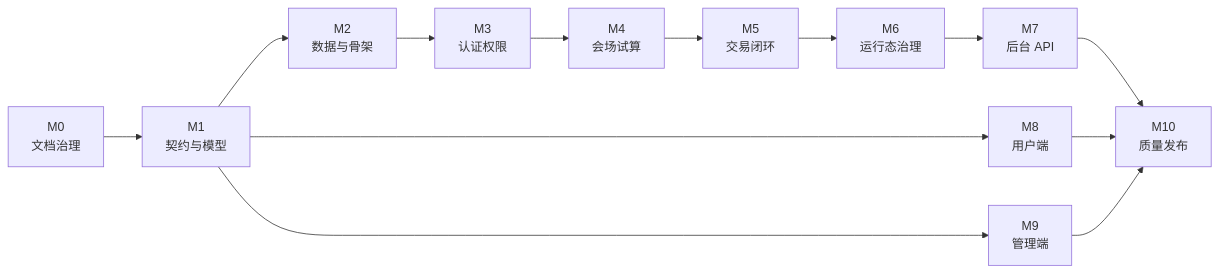
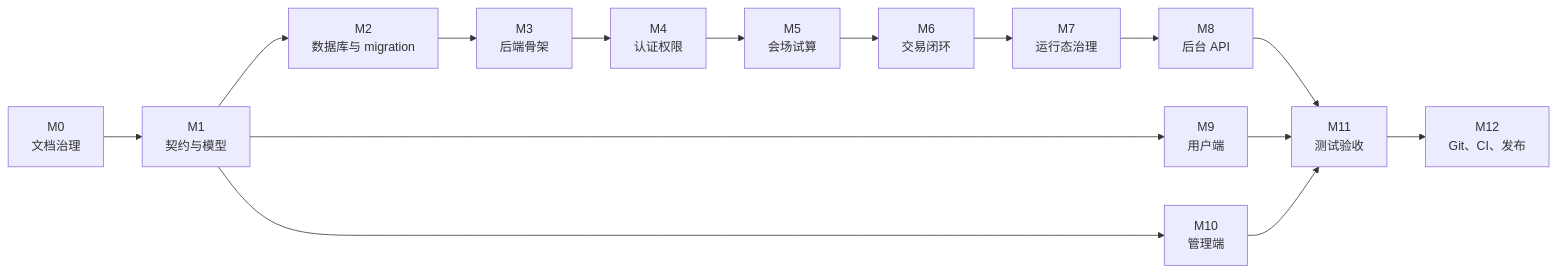
One commit to lizhengda0525-sudo/ZhongXiangPin changed the diagram in docs/plan/04-roadmap.md. Above: the diagram before and after it, drawn with Mermaid. The commit also changed other lines of this file and 12 other files, not shown here.

````diff
--- a/docs/plan/04-roadmap.md
+++ b/docs/plan/04-roadmap.md
@@ -17,18 +27,20 @@
 ```mermaid
 flowchart LR
     accTitle: P0 Roadmap Flow
-    accDescr: P0 路线图展示从文档基线、契约、数据、后端骨架、业务实现、前端、质量验证到发布证据的推进顺序。
+    accDescr: P0 路线图展示从文档基线、契约、数据库、后端骨架、业务实现、前端、测试验收到发布证据的推进顺序。
 
     docs["M0<br/>文档治理"] --> contract["M1<br/>契约与模型"]
-    contract --> data["M2<br/>数据与骨架"]
-    data --> auth["M3<br/>认证权限"]
-    auth --> market["M4<br/>会场试算"]
-    market --> trade["M5<br/>交易闭环"]
-    trade --> runtime["M6<br/>运行态治理"]
-    runtime --> admin_api["M7<br/>后台 API"]
-    contract --> user_web["M8<br/>用户端"]
-    contract --> admin_web["M9<br/>管理端"]
-    admin_api --> quality["M10<br/>质量发布"]
-    user_web --> quality
-    admin_web --> quality
+    contract --> data["M2<br/>数据库与 migration"]
+    data --> skeleton["M3<br/>后端骨架"]
+    skeleton --> auth["M4<br/>认证权限"]
+    auth --> market["M5<br/>会场试算"]
+    market --> trade["M6<br/>交易闭环"]
+    trade --> runtime["M7<br/>运行态治理"]
+    runtime --> admin_api["M8<br/>后台 API"]
+    contract --> user_web["M9<br/>用户端"]
+    contract --> admin_web["M10<br/>管理端"]
+    admin_api --> qa["M11<br/>测试验收"]
+    user_web --> qa
+    admin_web --> qa
+    qa --> release["M12<br/>Git、CI、发布"]
 ```
````
